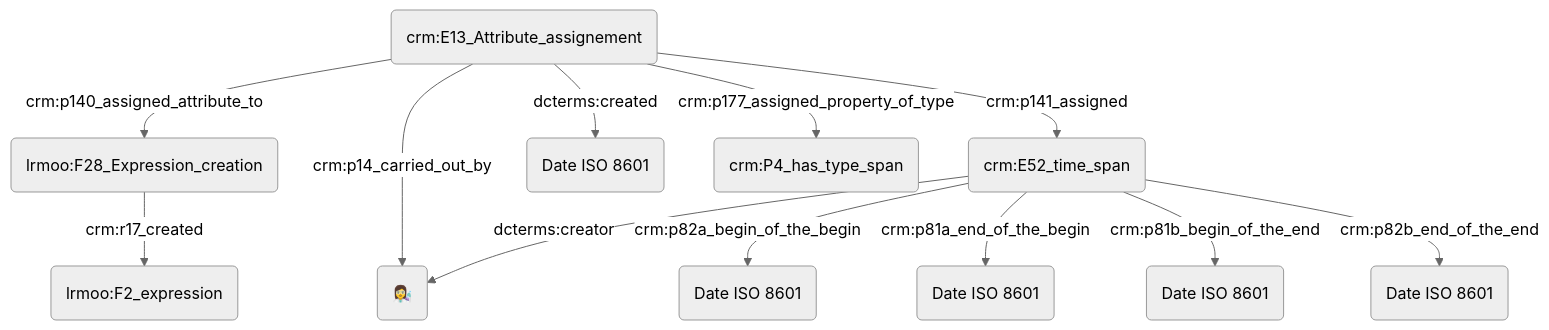
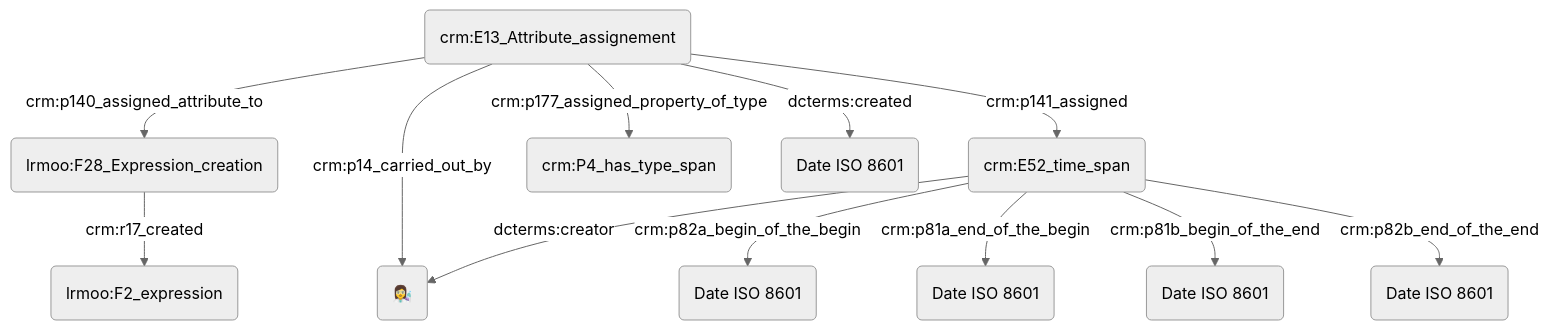
The diagram in modules/dates/2023.09.19_atelier.md (Amleth/consortium-musica2-gt2-ontologies), drawn with Mermaid (neutral theme) before and after one commit.

````diff
--- a/modules/dates/2023.09.19_atelier.md
+++ b/modules/dates/2023.09.19_atelier.md
@@ -31,24 +31,23 @@
 ```mermaid
 graph TD;
 
 A(lrmoo::F28_Expression_creation) --> |crm:r17_created| B(lrmoo:F2_expression)
 C(crm:E13_Attribute_assignement) --> |crm:p140_assigned_attribute_to| A(lrmoo:F28_Expression_creation)
 C(crm:E13_Attribute_assignement) --> |crm:p141_assigned| D(crm:E52_time_span)
+C(crm:E13_Attribute_assignement) --> |crm:p177_assigned_property_of_type| E(crm:P4_has_type_span)
+
+C(crm:E13_Attribute_assignement) --> |dcterms:created| K("Date ISO 8601")
+
 C(crm:E13_Attribute_assignement) --> |crm:p14_carried_out_by| G("👩‍🔬")
-C(crm:E13_Attribute_assignement) --> |dcterms:created| K("Date ISO 8601")
 D(crm:E52_time_span) --> |dcterms:creator| G("👩‍🔬")
-
-
-
-C(crm:E13_Attribute_assignement) --> |crm:p177_assigned_property_of_type| E(crm:P4_has_type_span)
 
 D(crm:E52_time_span) --> |crm:p82a_begin_of_the_begin| F("Date ISO 8601")
 D(crm:E52_time_span) --> |crm:p81a_end_of_the_begin| H("Date ISO 8601")
 D(crm:E52_time_span) --> |crm:p81b_begin_of_the_end| I("Date ISO 8601")
 D(crm:E52_time_span) --> |crm:p82b_end_of_the_end| J("Date ISO 8601")
 
 
 
 
 
 ```
````
